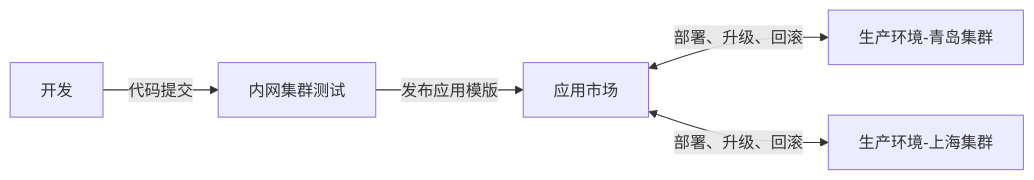
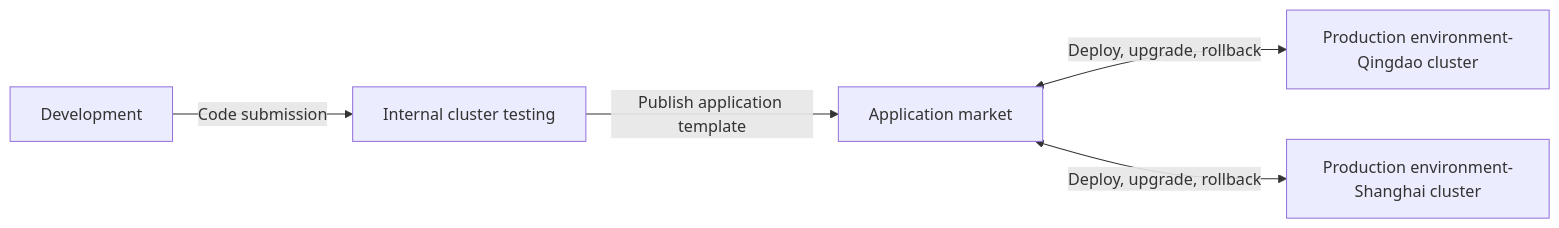
One commit to goodrain/rainbond-docs changed the diagram in docs/how-to-guides/delivery/continuous/multi-env.md. Above: the diagram before and after it, drawn with Mermaid. The commit also changed other lines of this file and 855 other files, not shown here.

````diff
--- a/docs/how-to-guides/delivery/continuous/multi-env.md
+++ b/docs/how-to-guides/delivery/continuous/multi-env.md
@@ -17,7 +17,7 @@
 ```mermaid
 graph LR
-    A[开发] -->|代码提交| B[内网集群测试]
-    B -->|发布应用模版| C[应用市场]
-    C <-->|部署、升级、回滚| D[生产环境-青岛集群]
-    C <-->|部署、升级、回滚| E[生产环境-上海集群]
+    A[Development] -->|Code submission| B[Internal cluster testing]
+    B -->|Publish application template| C[Application market]
+    C <-->|Deploy, upgrade, rollback| D[Production environment-Qingdao cluster]
+    C <-->|Deploy, upgrade, rollback| E[Production environment-Shanghai cluster]
 ```
````
